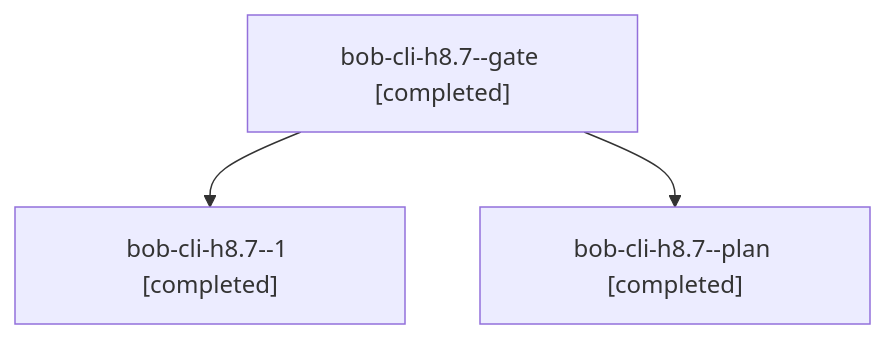
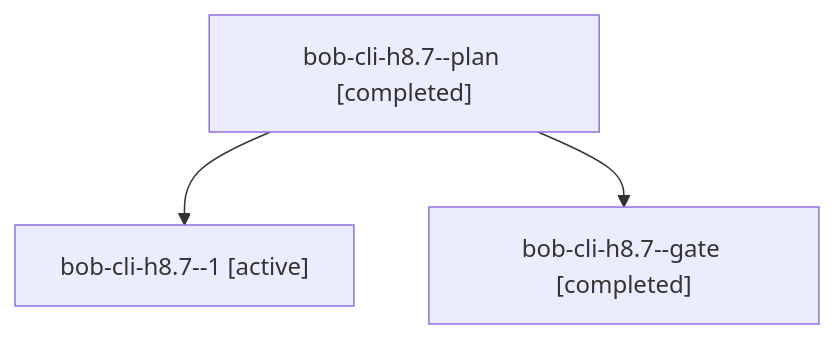
The diagram in sessions/bbugyi200.athena.bob-cli-h8.7.md (bobs-org/bob-cli--agents), drawn with Mermaid before and after one commit. The commit also changed other lines of this file and 124 other files, not shown here.

````diff
--- a/sessions/bbugyi200.athena.bob-cli-h8.7.md
+++ b/sessions/bbugyi200.athena.bob-cli-h8.7.md
@@ -9,8 +9,8 @@
 ```mermaid
 flowchart TD
-  n0["bob-cli-h8.7--gate [completed]"]
-  n1["bob-cli-h8.7--1 [completed]"]
+  n0["bob-cli-h8.7--plan [completed]"]
+  n1["bob-cli-h8.7--1 [active]"]
   n0 --> n1
-  n2["bob-cli-h8.7--plan [completed]"]
+  n2["bob-cli-h8.7--gate [completed]"]
   n0 --> n2
 ```
````
